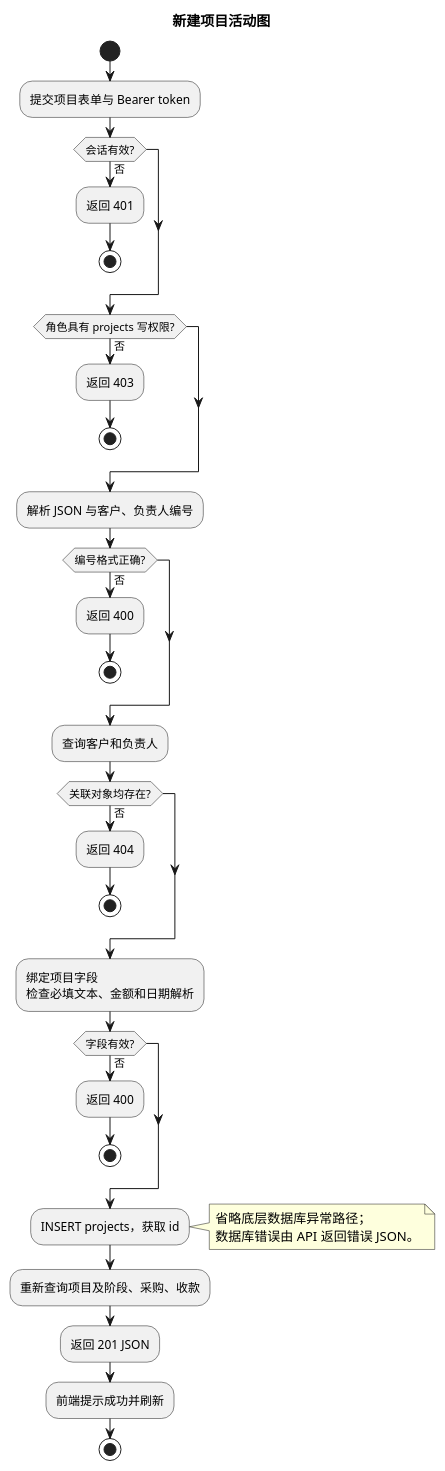
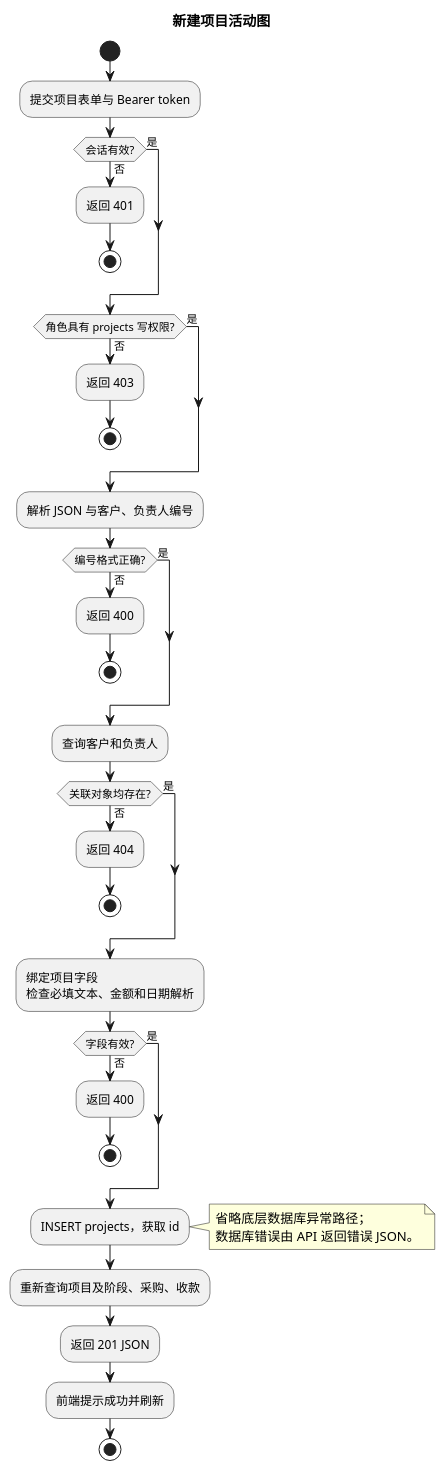
The diagram in docs/uml/09-project-activity.puml (birliigant/manage_system), drawn with PlantUML before and after one commit. The commit also changed 17 other files, not shown here.

Commit message:
docs: add project UML diagrams

```diff
--- a/docs/uml/09-project-activity.puml
+++ b/docs/uml/09-project-activity.puml
@@ -1,38 +1,43 @@
 @startuml
 skinparam defaultFontName Microsoft YaHei
 title 新建项目活动图
 start
 :提交项目表单与 Bearer token;
 if (会话有效?) then (否)
   :返回 401;
   stop
+else (是)
 endif
 if (角色具有 projects 写权限?) then (否)
   :返回 403;
   stop
+else (是)
 endif
 :解析 JSON 与客户、负责人编号;
 if (编号格式正确?) then (否)
   :返回 400;
   stop
+else (是)
 endif
 :查询客户和负责人;
 if (关联对象均存在?) then (否)
   :返回 404;
   stop
+else (是)
 endif
 :绑定项目字段\n检查必填文本、金额和日期解析;
 if (字段有效?) then (否)
   :返回 400;
   stop
+else (是)
 endif
 :INSERT projects，获取 id;
 note right
 省略底层数据库异常路径；
 数据库错误由 API 返回错误 JSON。
 end note
 :重新查询项目及阶段、采购、收款;
 :返回 201 JSON;
 :前端提示成功并刷新;
 stop
 @enduml
```
